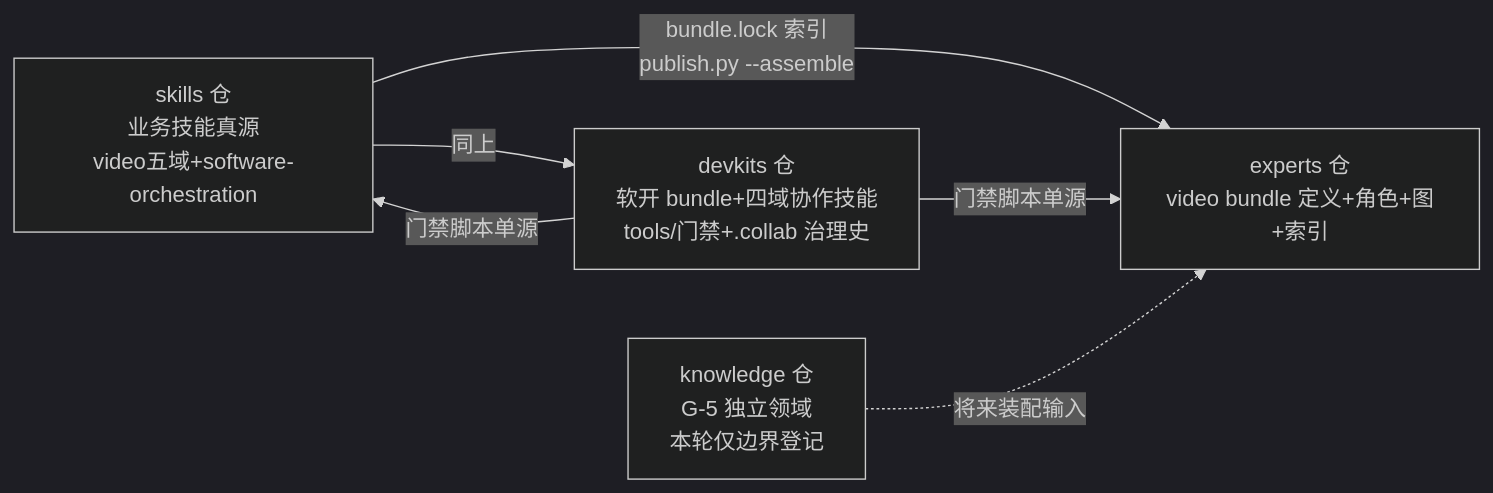
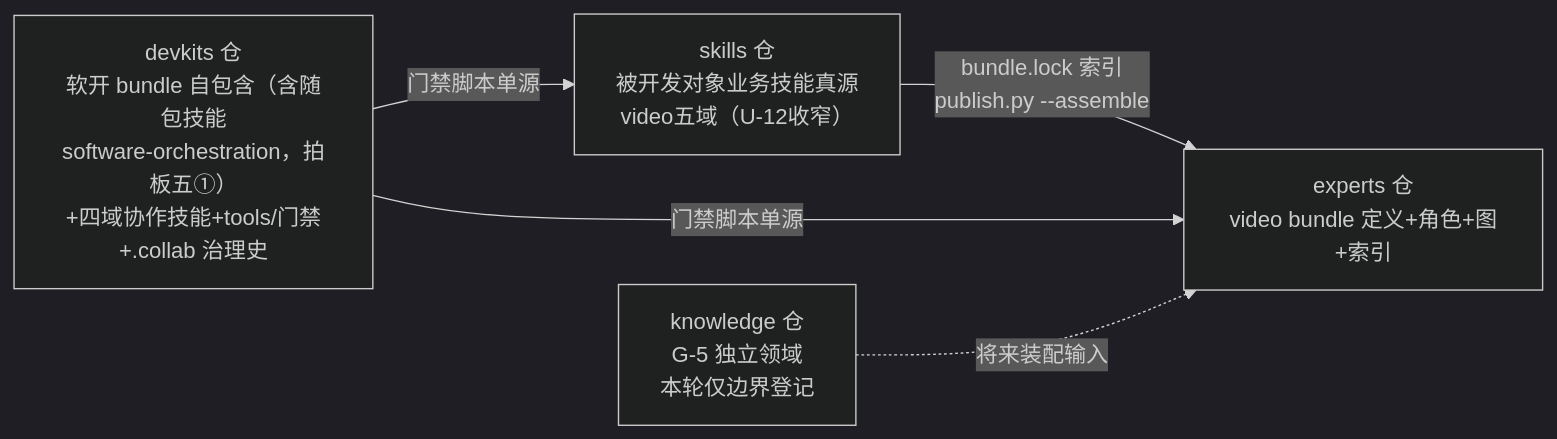
One commit to petercham/baigong-software-experts changed the diagram in .collab/research/2026-10-26-仓拓扑维度分仓架构设计_v1.md. Above: the diagram before and after it, drawn with Mermaid (dark theme). The commit also changed other lines of this file, not shown here.

Commit message:
架构设计 v1.1 U-12：按拍板五收窄——devkits 自包含豁免正交切分（软开 bundle＋随包技能不出池）·装配只用于跨仓消费（video bundle）·席位跨图复用常态登记

````diff
--- a/.collab/research/2026-10-26-仓拓扑维度分仓架构设计_v1.md
+++ b/.collab/research/2026-10-26-仓拓扑维度分仓架构设计_v1.md
@@ -54,8 +56,8 @@
 ```mermaid
 graph LR
-  SK[skills 仓<br/>业务技能真源<br/>video五域+software-orchestration] -->|bundle.lock 索引<br/>publish.py --assemble| EX[experts 仓<br/>video bundle 定义+角色+图+索引]
-  SK -->|同上| DK[devkits 仓<br/>软开 bundle+四域协作技能<br/>tools/门禁+.collab 治理史]
+  SK[skills 仓<br/>被开发对象业务技能真源<br/>video五域（U-12收窄）] -->|bundle.lock 索引<br/>publish.py --assemble| EX[experts 仓<br/>video bundle 定义+角色+图+索引]
+  DK[devkits 仓<br/>软开 bundle 自包含（含随包技能<br/>software-orchestration，拍板五①）<br/>+四域协作技能+tools/门禁+.collab 治理史]
   DK -->|门禁脚本单源| EX
   DK -->|门禁脚本单源| SK
   KN[knowledge 仓<br/>G-5 独立领域<br/>本轮仅边界登记] -.->|将来装配输入| EX
 ```
````
